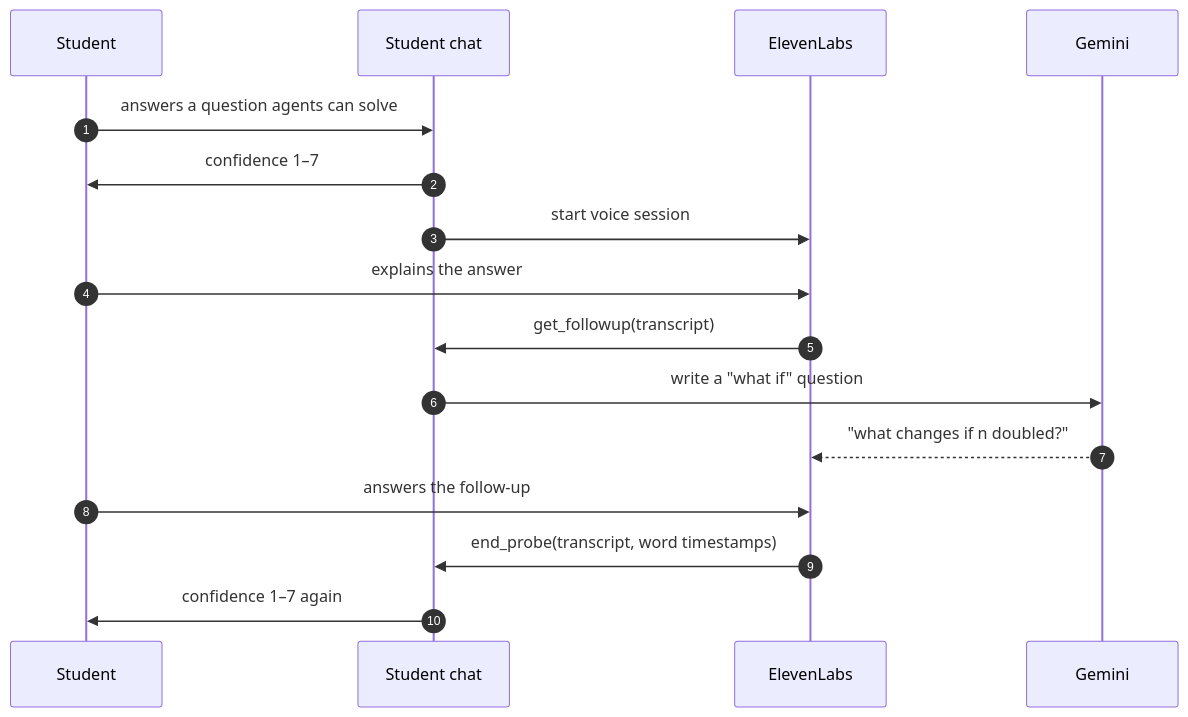
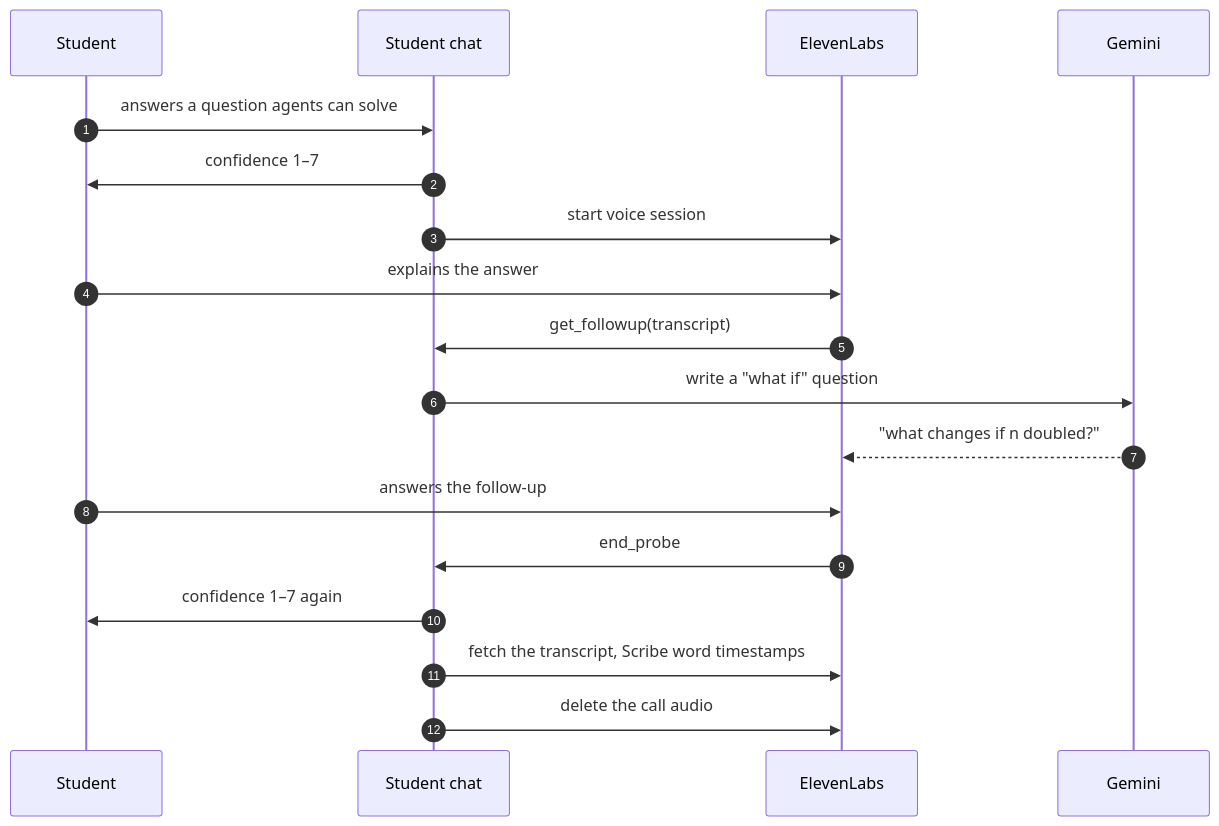
The third of 3 diagrams in README.md (lgoyal6/sand-hacks), drawn with Mermaid before and after one commit. The commit also changed other lines of this file, not shown here.

First line of the commit message:
README: in-depth sponsor section, professor safeguards, voice flow fix

````diff
--- a/README.md
+++ b/README.md
@@ -190,18 +295,20 @@
 ```mermaid
 sequenceDiagram
     autonumber
     participant St as Student
     participant App as Student chat
     participant EL as ElevenLabs
     participant Gem as Gemini
     St->>App: answers a question agents can solve
     App->>St: confidence 1–7
     App->>EL: start voice session
     St->>EL: explains the answer
     EL->>App: get_followup(transcript)
     App->>Gem: write a "what if" question
     Gem-->>EL: "what changes if n doubled?"
     St->>EL: answers the follow-up
-    EL->>App: end_probe(transcript, word timestamps)
+    EL->>App: end_probe
     App->>St: confidence 1–7 again
+    App->>EL: fetch the transcript, Scribe word timestamps
+    App->>EL: delete the call audio
 ```
````
